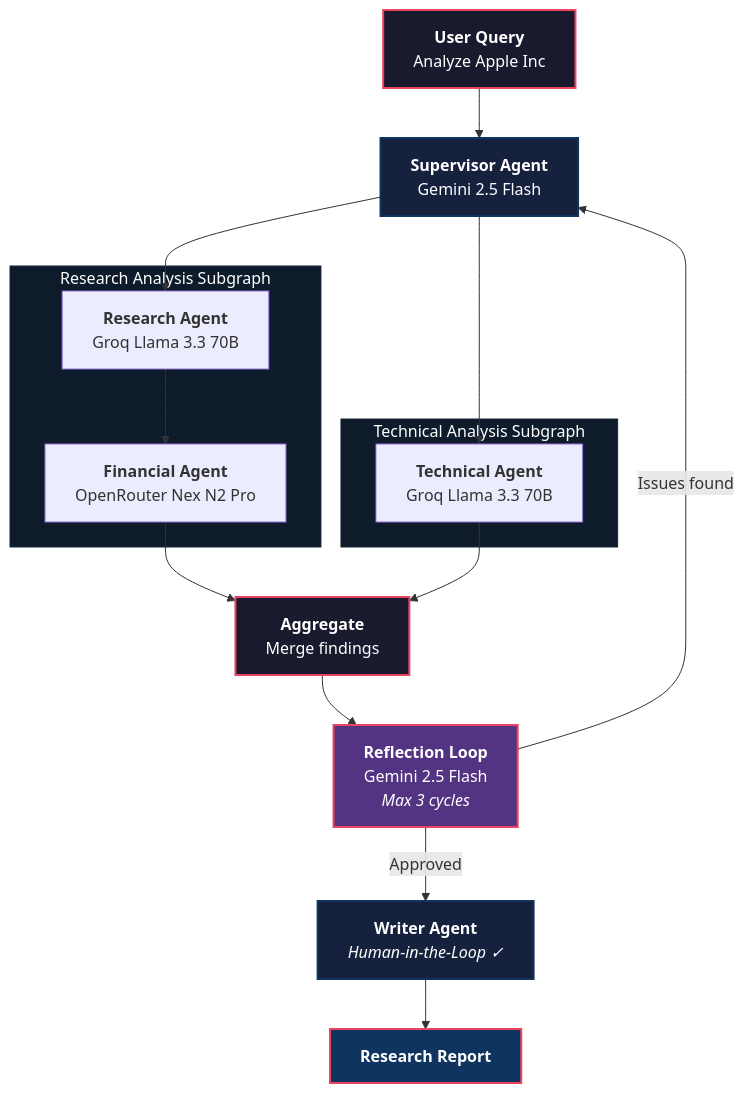
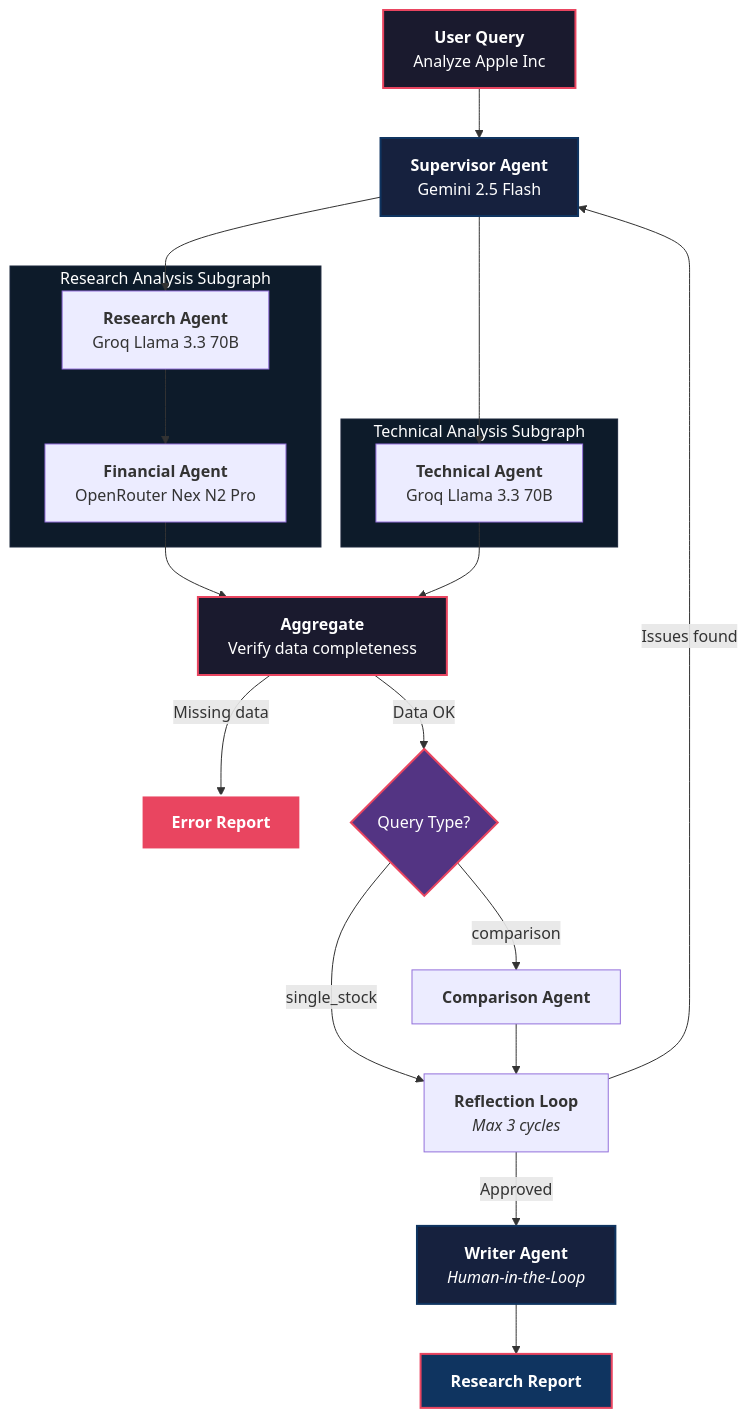
Before and after one commit to himanshu231204/AlphaResearch-AI: the diagram in README.md, drawn with Mermaid. The commit also changed other lines of this file and 4 other files, not shown here.

````diff
--- a/README.md
+++ b/README.md
@@ -43,38 +43,43 @@
 ```mermaid
 flowchart TD
     A["<b>User Query</b><br/>Analyze Apple Inc"] --> B
 
     B["<b>Supervisor Agent</b><br/>Gemini 2.5 Flash"]
     B --> C
     B --> D
 
     subgraph RESEARCH["Research Analysis Subgraph"]
         C["<b>Research Agent</b><br/>Groq Llama 3.3 70B"]
         C --> E["<b>Financial Agent</b><br/>OpenRouter Nex N2 Pro"]
     end
 
     subgraph TECHNICAL["Technical Analysis Subgraph"]
         D["<b>Technical Agent</b><br/>Groq Llama 3.3 70B"]
     end
 
     E --> F
     D --> F
 
-    F["<b>Aggregate</b><br/>Merge findings"]
-    F --> G
-    G["<b>Reflection Loop</b><br/>Gemini 2.5 Flash<br/><i>Max 3 cycles</i>"]
-    G -->|"Issues found"| B
-    G -->|"Approved"| H
-    H["<b>Writer Agent</b><br/><i>Human-in-the-Loop ✓</i>"]
+    F["<b>Aggregate</b><br/>Verify data completeness"]
+    F -->|"Missing data"| ERR["<b>Error Report</b>"]
+    F -->|"Data OK"| G
+    G{"Query Type?"}
+    G -->|"comparison"| CMP["<b>Comparison Agent</b>"]
+    G -->|"single_stock"| REF["<b>Reflection Loop</b><br/><i>Max 3 cycles</i>"]
+    CMP --> REF
+    REF -->|"Issues found"| B
+    REF -->|"Approved"| H
+    H["<b>Writer Agent</b><br/><i>Human-in-the-Loop</i>"]
     H --> I["<b>Research Report</b>"]
 
     style A fill:#1a1a2e,stroke:#e94560,color:#fff,stroke-width:2px
     style B fill:#16213e,stroke:#0f3460,color:#fff,stroke-width:2px
     style F fill:#1a1a2e,stroke:#e94560,color:#fff,stroke-width:2px
     style G fill:#533483,stroke:#e94560,color:#fff,stroke-width:2px
     style H fill:#16213e,stroke:#0f3460,color:#fff,stroke-width:2px
     style I fill:#0f3460,stroke:#e94560,color:#fff,stroke-width:2px
+    style ERR fill:#e94560,stroke:#fff,color:#fff,stroke-width:2px
 
     style RESEARCH fill:#0d1b2a,stroke:#1b263b,color:#fff
     style TECHNICAL fill:#0d1b2a,stroke:#1b263b,color:#fff
 ```
````
